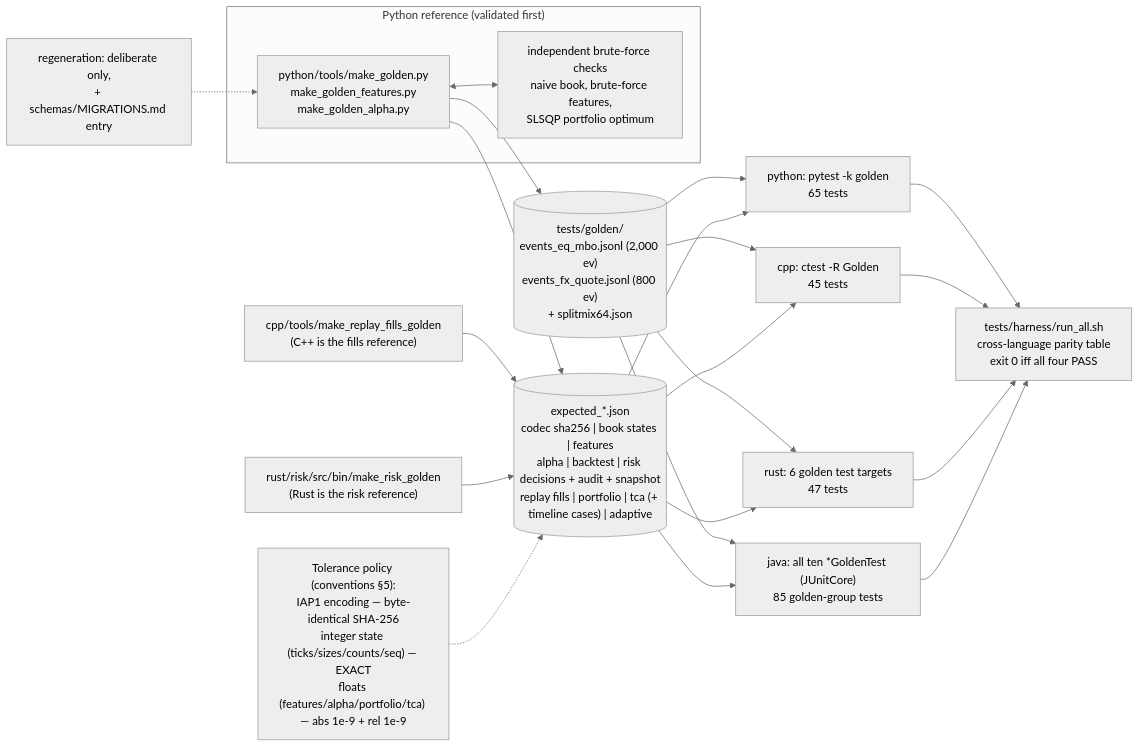
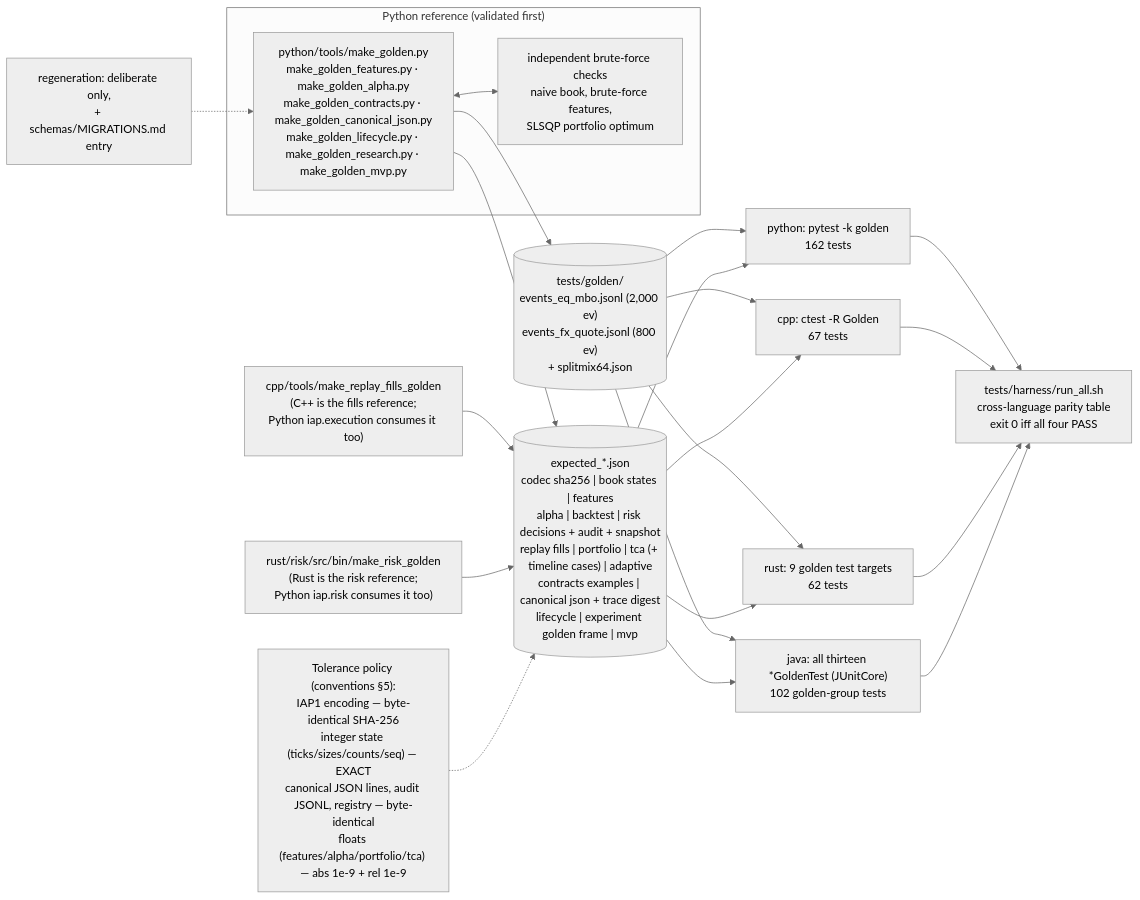
The diagram in docs/diagrams/golden_topology.mmd (AshJha0/intraday-alpha-platform), drawn with Mermaid (neutral theme) before and after one commit. The commit also changed 50 other files, not shown here.

First line of the commit message:
Documentation pass: README, conventions §13, ARCHITECTURE, LIFECYCLE, DECISION_TRACE, CONTRACTS, TRADING, ROADMAP, incident-replay runbook, LEARN chapters, diagrams, papers errata; headline-number harness re-derives every new figure

```diff
--- a/docs/diagrams/golden_topology.mmd
+++ b/docs/diagrams/golden_topology.mmd
@@ -1,24 +1,24 @@
 flowchart LR
     subgraph REF["Python reference (validated first)"]
-        MG["python/tools/make_golden.py<br/>make_golden_features.py<br/>make_golden_alpha.py"]
+        MG["python/tools/make_golden.py<br/>make_golden_features.py · make_golden_alpha.py<br/>make_golden_contracts.py · make_golden_canonical_json.py<br/>make_golden_lifecycle.py · make_golden_research.py · make_golden_mvp.py"]
         BF["independent brute-force checks<br/>naive book, brute-force features,<br/>SLSQP portfolio optimum"]
         MG <--> BF
     end
     MG --> GV[("tests/golden/<br/>events_eq_mbo.jsonl (2,000 ev)<br/>events_fx_quote.jsonl (800 ev)<br/>+ splitmix64.json")]
-    MG --> EXP[("expected_*.json<br/>codec sha256 | book states | features<br/>alpha | backtest | risk decisions + audit + snapshot<br/>replay fills | portfolio | tca (+ timeline cases) | adaptive")]
-    CPPTOOL["cpp/tools/make_replay_fills_golden<br/>(C++ is the fills reference)"] --> EXP
-    RSTOOL["rust/risk/src/bin/make_risk_golden<br/>(Rust is the risk reference)"] --> EXP
-    GV --> PY["python: pytest -k golden<br/>65 tests"]
-    GV --> CPP["cpp: ctest -R Golden<br/>45 tests"]
-    GV --> RS["rust: 6 golden test targets<br/>47 tests"]
-    GV --> JV["java: all ten *GoldenTest (JUnitCore)<br/>85 golden-group tests"]
+    MG --> EXP[("expected_*.json<br/>codec sha256 | book states | features<br/>alpha | backtest | risk decisions + audit + snapshot<br/>replay fills | portfolio | tca (+ timeline cases) | adaptive<br/>contracts examples | canonical json + trace digest<br/>lifecycle | experiment golden frame | mvp")]
+    CPPTOOL["cpp/tools/make_replay_fills_golden<br/>(C++ is the fills reference;<br/>Python iap.execution consumes it too)"] --> EXP
+    RSTOOL["rust/risk/src/bin/make_risk_golden<br/>(Rust is the risk reference;<br/>Python iap.risk consumes it too)"] --> EXP
+    GV --> PY["python: pytest -k golden<br/>162 tests"]
+    GV --> CPP["cpp: ctest -R Golden<br/>67 tests"]
+    GV --> RS["rust: 9 golden test targets<br/>62 tests"]
+    GV --> JV["java: all thirteen *GoldenTest (JUnitCore)<br/>102 golden-group tests"]
     EXP --> PY
     EXP --> CPP
     EXP --> RS
     EXP --> JV
     PY --> TAB["tests/harness/run_all.sh<br/>cross-language parity table<br/>exit 0 iff all four PASS"]
     CPP --> TAB
     RS --> TAB
     JV --> TAB
-    TOL["Tolerance policy (conventions §5):<br/>IAP1 encoding — byte-identical SHA-256<br/>integer state (ticks/sizes/counts/seq) — EXACT<br/>floats (features/alpha/portfolio/tca) — abs 1e-9 + rel 1e-9"] -.-> EXP
+    TOL["Tolerance policy (conventions §5):<br/>IAP1 encoding — byte-identical SHA-256<br/>integer state (ticks/sizes/counts/seq) — EXACT<br/>canonical JSON lines, audit JSONL, registry — byte-identical<br/>floats (features/alpha/portfolio/tca) — abs 1e-9 + rel 1e-9"] -.-> EXP
     MIG["regeneration: deliberate only,<br/>+ schemas/MIGRATIONS.md entry"] -.-> MG
```
